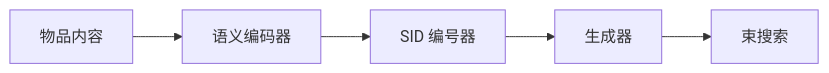
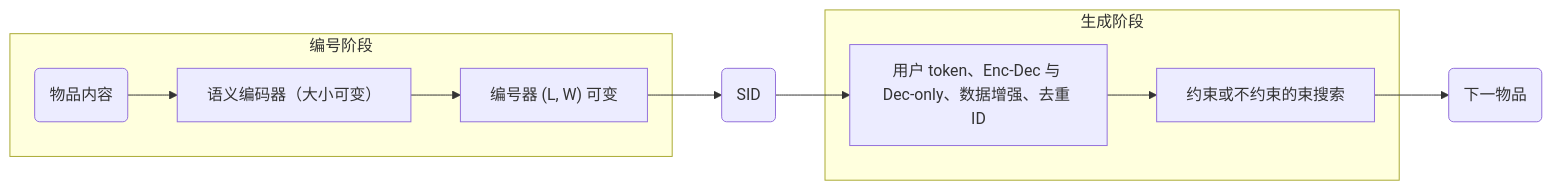
One commit to Galaxy-ghost/Awesome-SID-Generative-Rec changed the diagram in notes/zh/grid.md. Above: the diagram before and after it, drawn with Mermaid. The commit also changed 521 other files, not shown here.

Commit message:
writer-04 part 3: algorithm diagrams with shared shape conventions, README hero and paper cards, archive removed

````diff
--- a/notes/zh/grid.md
+++ b/notes/zh/grid.md
@@ -9,7 +9,12 @@
 ```mermaid
 flowchart LR
-    A[物品内容] --> B[语义编码器]
-    B --> C[SID 编号器]
-    C --> D[生成器]
-    D --> E[束搜索]
+    subgraph Tok["编号阶段"]
+        A("物品内容") --> B["语义编码器（大小可变）"]
+        B --> C["编号器 (L, W) 可变"]
+    end
+    subgraph Gen["生成阶段"]
+        D["用户 token、Enc-Dec 与 Dec-only、数据增强、去重 ID"] --> E["约束或不约束的束搜索"]
+    end
+    C --> F("SID") --> D
+    E --> G("下一物品")
 ```
````
